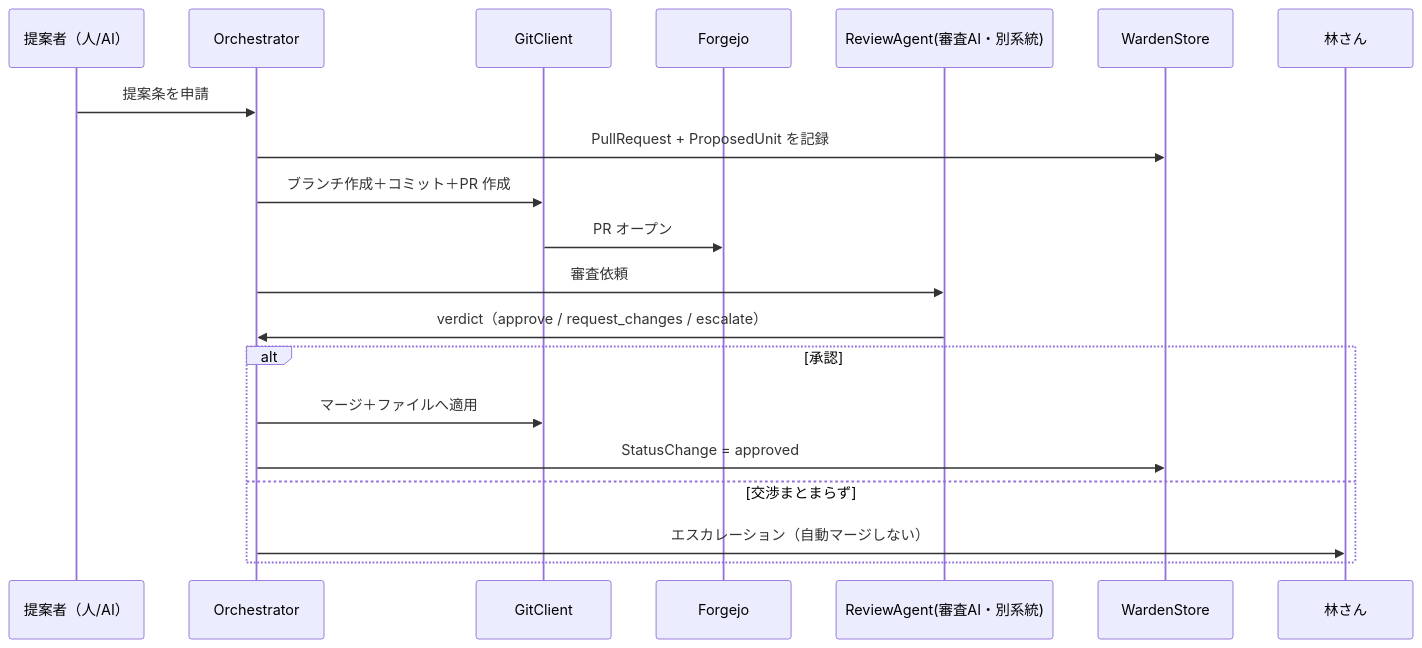
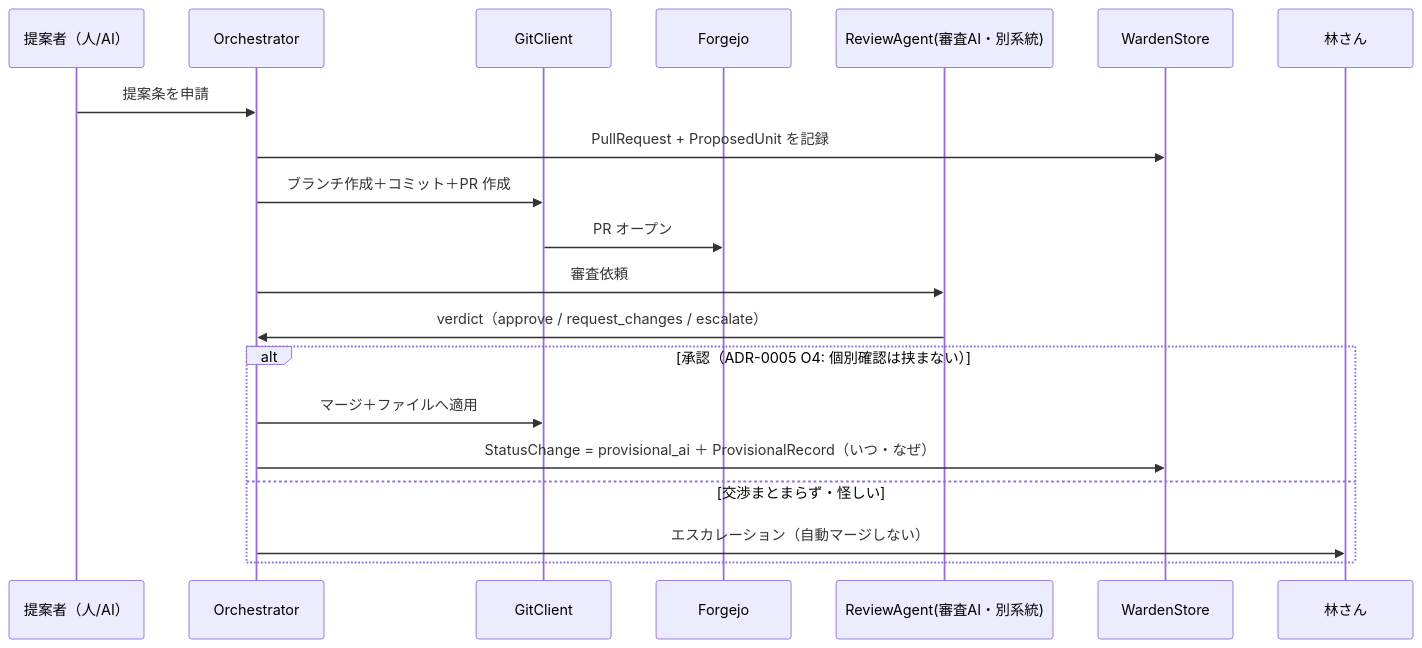
One commit to khayashi4337/rule-warden changed the fifth of 6 diagrams in docs/adr/0002.5-domain-model.md. Above: the diagram before and after it, drawn with Mermaid. The commit also changed other lines of this file and 6 other files, not shown here.

First line of the commit message:
ADR-0005: ヒアリング決定 O1〜O8 を記録し全 ADR・図・DDL に反映

````diff
--- a/docs/adr/0002.5-domain-model.md
+++ b/docs/adr/0002.5-domain-model.md
@@ -247,23 +259,23 @@
 ```mermaid
 sequenceDiagram
     participant P as 提案者（人/AI）
     participant O as Orchestrator
     participant GC as GitClient
     participant F as Forgejo
     participant RA as ReviewAgent(審査AI・別系統)
     participant DB as WardenStore
     participant H as 林さん
 
     P->>O: 提案条を申請
     O->>DB: PullRequest + ProposedUnit を記録
     O->>GC: ブランチ作成＋コミット＋PR 作成
     GC->>F: PR オープン
     O->>RA: 審査依頼
     RA->>O: verdict（approve / request_changes / escalate）
-    alt 承認
+    alt 承認（ADR-0005 O4: 個別確認は挟まない）
         O->>GC: マージ＋ファイルへ適用
-        O->>DB: StatusChange = approved
-    else 交渉まとまらず
+        O->>DB: StatusChange = provisional_ai ＋ ProvisionalRecord（いつ・なぜ）
+    else 交渉まとまらず・怪しい
         O->>H: エスカレーション（自動マージしない）
     end
 ```
````
